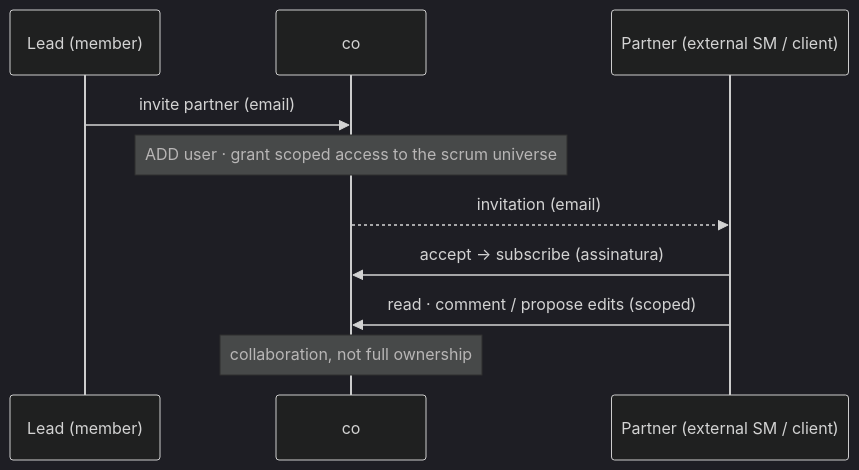
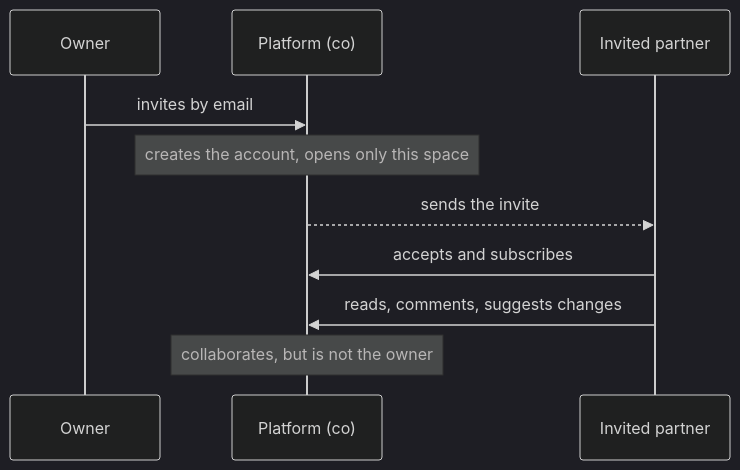
The third of 4 diagrams in docs/scrum-universe.en.md (artelonga/ArteLonga), drawn with Mermaid (dark theme) before and after one commit. The commit also changed other lines of this file and 43 other files, not shown here.

First line of the commit message:
feat(docs): diagramas simples e legíveis (sem jargão) em todas as docs (#89)

````diff
--- a/docs/scrum-universe.en.md
+++ b/docs/scrum-universe.en.md
@@ -81,12 +81,12 @@
 ```mermaid
 sequenceDiagram
-  participant L as Lead (member)
-  participant CO as co
-  participant P as Partner (external SM / client)
-  L->>CO: invite partner (email)
-  Note over CO: ADD user · grant scoped access to the scrum universe
-  CO-->>P: invitation (email)
-  P->>CO: accept → subscribe (assinatura)
-  P->>CO: read · comment / propose edits (scoped)
-  Note over CO: collaboration, not full ownership
+  participant L as Owner
+  participant CO as Platform (co)
+  participant P as Invited partner
+  L->>CO: invites by email
+  Note over CO: creates the account, opens only this space
+  CO-->>P: sends the invite
+  P->>CO: accepts and subscribes
+  P->>CO: reads, comments, suggests changes
+  Note over CO: collaborates, but is not the owner
 ```
````
